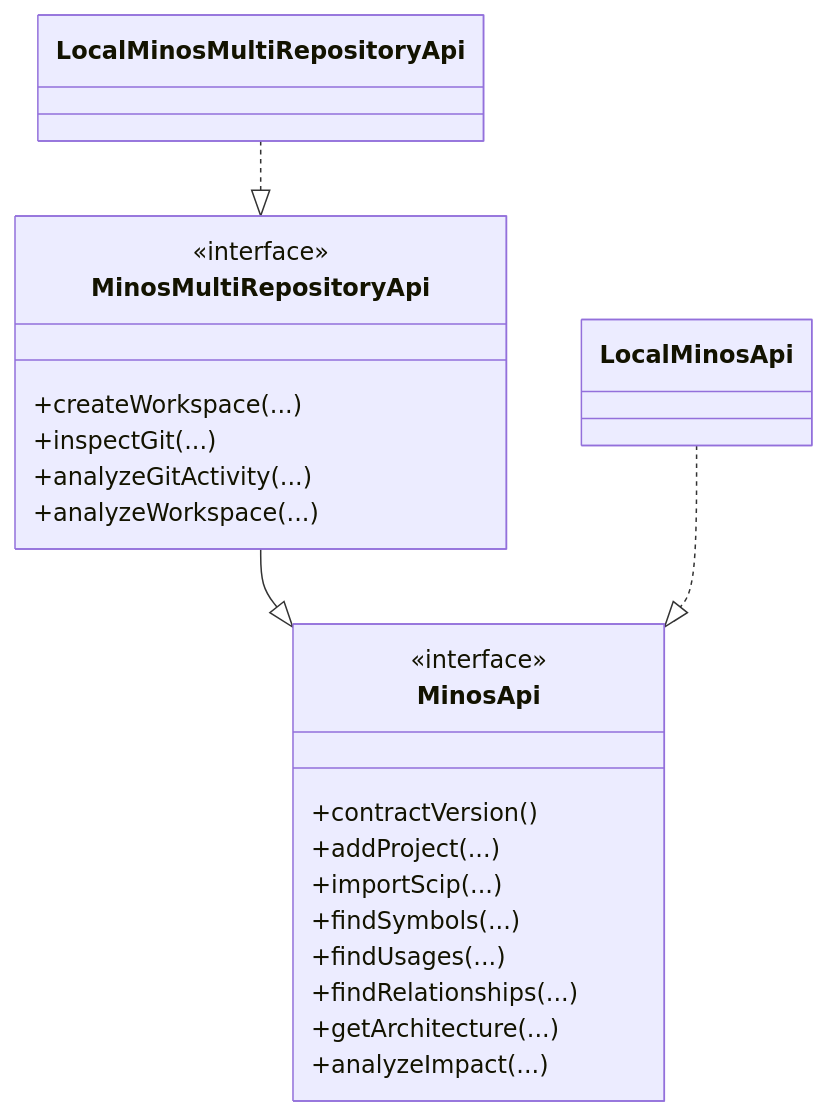
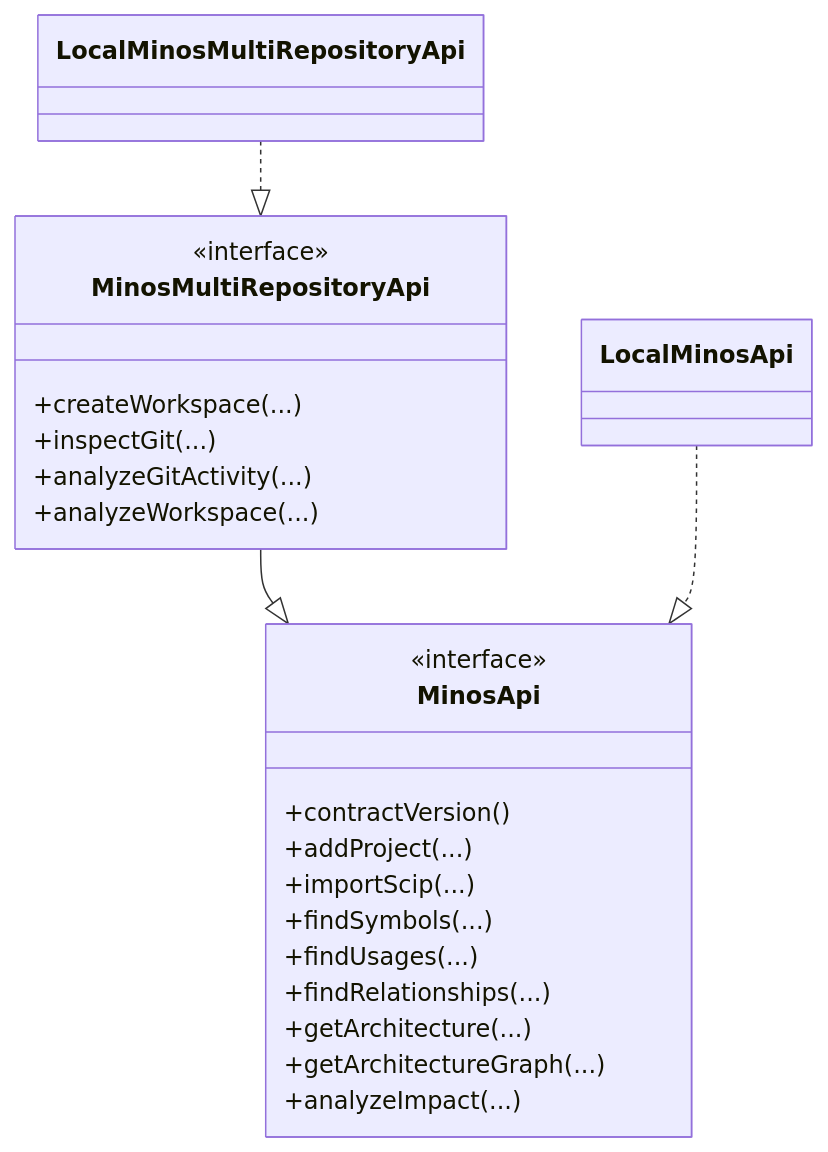
Before and after one commit to FTurleque/minos-code-intelligence: the diagram in docs/user/java-api.md, drawn with Mermaid. The commit also changed other lines of this file, not shown here.

Commit message:
docs(api): document architecture graph API

````diff
--- a/docs/user/java-api.md
+++ b/docs/user/java-api.md
@@ -149,27 +191,28 @@
 ```mermaid
 classDiagram
     class MinosApi {
       <<interface>>
       +contractVersion()
       +addProject(...)
       +importScip(...)
       +findSymbols(...)
       +findUsages(...)
       +findRelationships(...)
       +getArchitecture(...)
+      +getArchitectureGraph(...)
       +analyzeImpact(...)
     }
     class MinosMultiRepositoryApi {
       <<interface>>
       +createWorkspace(...)
       +inspectGit(...)
       +analyzeGitActivity(...)
       +analyzeWorkspace(...)
     }
     class LocalMinosApi
     class LocalMinosMultiRepositoryApi
 
     MinosMultiRepositoryApi --|> MinosApi
     LocalMinosApi ..|> MinosApi
     LocalMinosMultiRepositoryApi ..|> MinosMultiRepositoryApi
 ```
````
